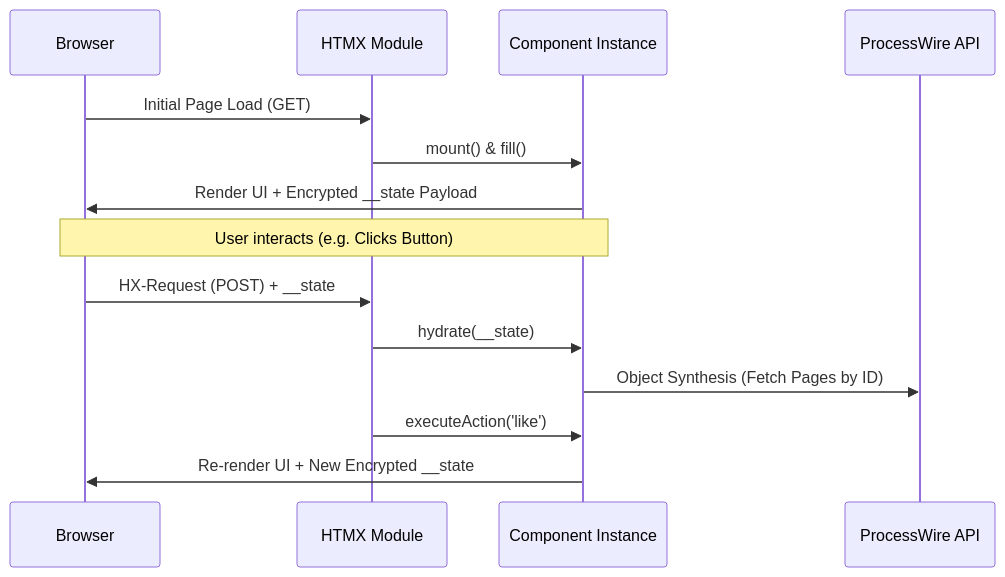
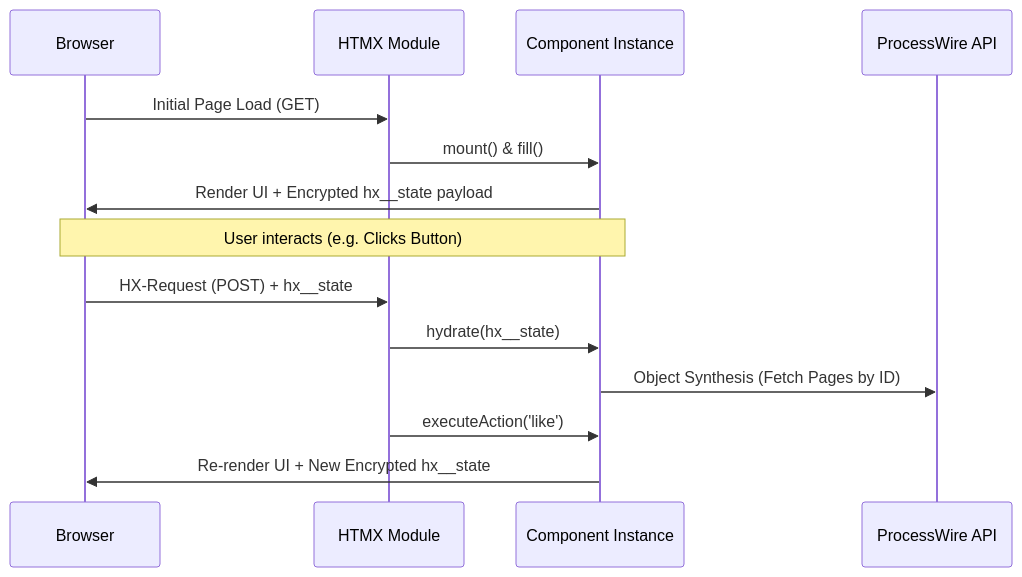
The diagram in README.md (trk/Htmx), drawn with Mermaid before and after one commit. The commit also changed other lines of this file and 2 other files, not shown here.

Commit message:
docs(htmx): document state keys, subdir endpoints, admin guard

````diff
--- a/README.md
+++ b/README.md
@@ -44,19 +44,19 @@
 ```mermaid
 sequenceDiagram
     participant Browser
     participant Htmx as HTMX Module
     participant Component as Component Instance
     participant DB as ProcessWire API
 
     Browser->>Htmx: Initial Page Load (GET)
     Htmx->>Component: mount() & fill()
-    Component->>Browser: Render UI + Encrypted __state Payload
+    Component->>Browser: Render UI + Encrypted hx__state payload
 
     Note over Browser, Component: User interacts (e.g. Clicks Button)
 
-    Browser->>Htmx: HX-Request (POST) + __state
-    Htmx->>Component: hydrate(__state)
+    Browser->>Htmx: HX-Request (POST) + hx__state
+    Htmx->>Component: hydrate(hx__state)
     Component->>DB: Object Synthesis (Fetch Pages by ID)
     Htmx->>Component: executeAction('like')
-    Component->>Browser: Re-render UI + New Encrypted __state
+    Component->>Browser: Re-render UI + New Encrypted hx__state
 ```
````
